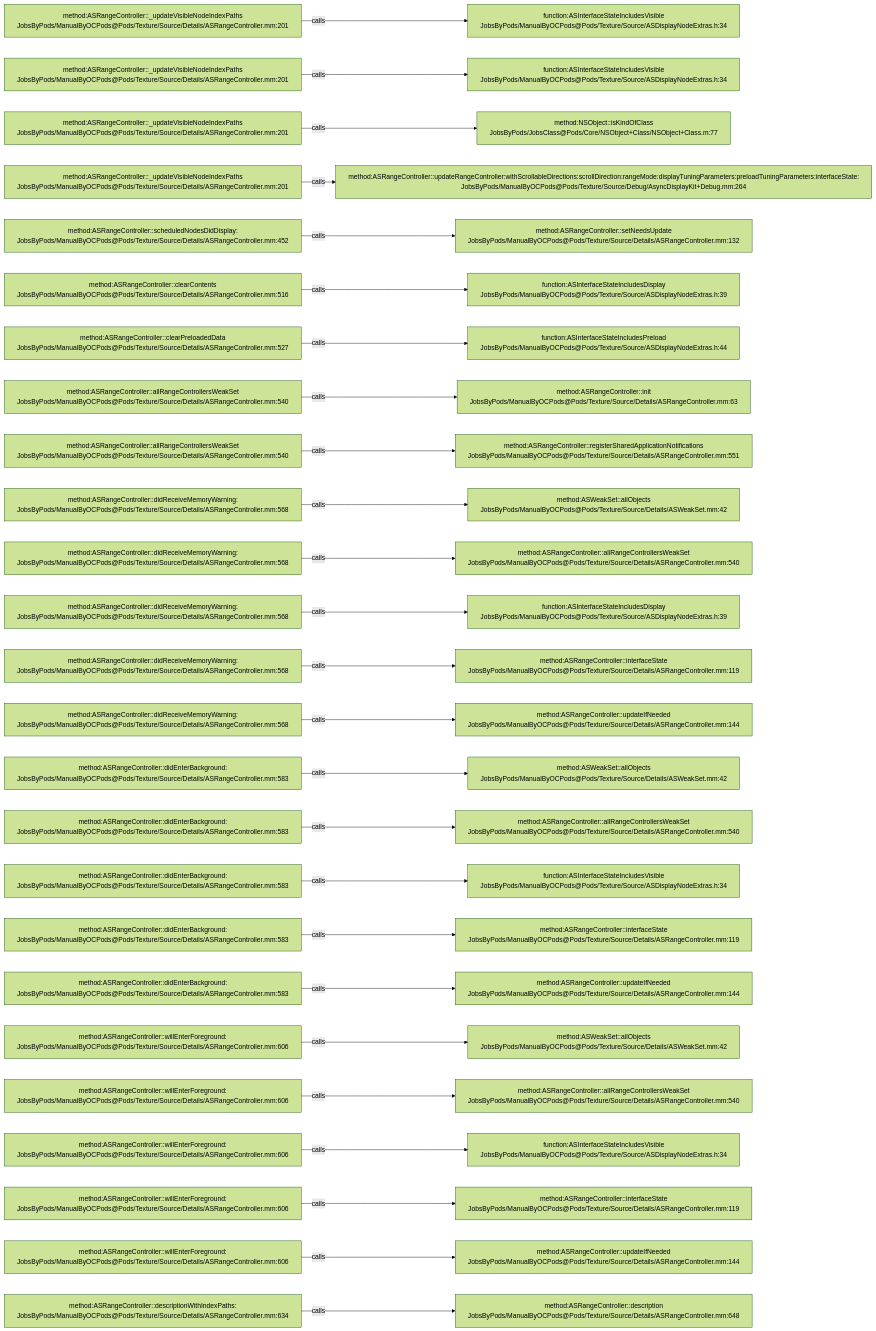
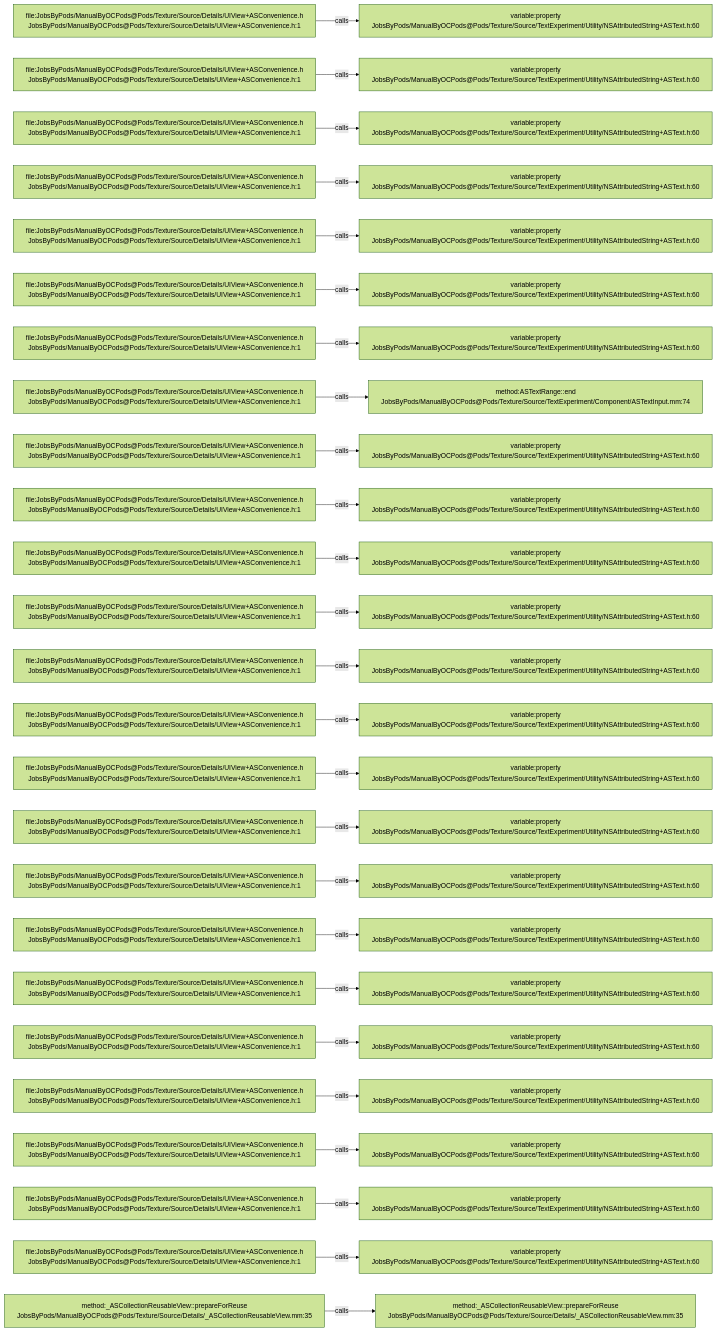
The diagram in .codegraph/codegraph.md/graphs/calls-162.md (JobsKits/JobsOCBaseConfigDemo), drawn with Mermaid (forest theme) before and after one commit. The commit also changed 1448 other files, not shown here.

````diff
--- a/.codegraph/codegraph.md/graphs/calls-162.md
+++ b/.codegraph/codegraph.md/graphs/calls-162.md
@@ -13,78 +13,78 @@
 ```mermaid
 flowchart LR
-  S1["method:ASRangeController::_updateVisibleNodeIndexPaths<br/>JobsByPods/ManualByOCPods@Pods/Texture/Source/Details/ASRangeController.mm:201"]
-  T1["function:ASInterfaceStateIncludesVisible<br/>JobsByPods/ManualByOCPods@Pods/Texture/Source/ASDisplayNodeExtras.h:34"]
+  S1["file:JobsByPods/ManualByOCPods@Pods/Texture/Source/Details/UIView+ASConvenience.h<br/>JobsByPods/ManualByOCPods@Pods/Texture/Source/Details/UIView+ASConvenience.h:1"]
+  T1["variable:property<br/>JobsByPods/ManualByOCPods@Pods/Texture/Source/TextExperiment/Utility/NSAttributedString+ASText.h:60"]
   S1 -->|calls| T1
-  S2["method:ASRangeController::_updateVisibleNodeIndexPaths<br/>JobsByPods/ManualByOCPods@Pods/Texture/Source/Details/ASRangeController.mm:201"]
-  T2["function:ASInterfaceStateIncludesVisible<br/>JobsByPods/ManualByOCPods@Pods/Texture/Source/ASDisplayNodeExtras.h:34"]
+  S2["file:JobsByPods/ManualByOCPods@Pods/Texture/Source/Details/UIView+ASConvenience.h<br/>JobsByPods/ManualByOCPods@Pods/Texture/Source/Details/UIView+ASConvenience.h:1"]
+  T2["variable:property<br/>JobsByPods/ManualByOCPods@Pods/Texture/Source/TextExperiment/Utility/NSAttributedString+ASText.h:60"]
   S2 -->|calls| T2
-  S3["method:ASRangeController::_updateVisibleNodeIndexPaths<br/>JobsByPods/ManualByOCPods@Pods/Texture/Source/Details/ASRangeController.mm:201"]
-  T3["method:NSObject::isKindOfClass<br/>JobsByPods/JobsClass@Pods/Core/NSObject+Class/NSObject+Class.m:77"]
+  S3["file:JobsByPods/ManualByOCPods@Pods/Texture/Source/Details/UIView+ASConvenience.h<br/>JobsByPods/ManualByOCPods@Pods/Texture/Source/Details/UIView+ASConvenience.h:1"]
+  T3["variable:property<br/>JobsByPods/ManualByOCPods@Pods/Texture/Source/TextExperiment/Utility/NSAttributedString+ASText.h:60"]
   S3 -->|calls| T3
-  S4["method:ASRangeController::_updateVisibleNodeIndexPaths<br/>JobsByPods/ManualByOCPods@Pods/Texture/Source/Details/ASRangeController.mm:201"]
-  T4["method:ASRangeController::updateRangeController:withScrollableDirections:scrollDirection:rangeMode:displayTuningParameters:preloadTuningParameters:interfaceState:<br/>JobsByPods/ManualByOCPods@Pods/Texture/Source/Debug/AsyncDisplayKit+Debug.mm:264"]
+  S4["file:JobsByPods/ManualByOCPods@Pods/Texture/Source/Details/UIView+ASConvenience.h<br/>JobsByPods/ManualByOCPods@Pods/Texture/Source/Details/UIView+ASConvenience.h:1"]
+  T4["variable:property<br/>JobsByPods/ManualByOCPods@Pods/Texture/Source/TextExperiment/Utility/NSAttributedString+ASText.h:60"]
   S4 -->|calls| T4
-  S5["method:ASRangeController::scheduledNodesDidDisplay:<br/>JobsByPods/ManualByOCPods@Pods/Texture/Source/Details/ASRangeController.mm:452"]
-  T5["method:ASRangeController::setNeedsUpdate<br/>JobsByPods/ManualByOCPods@Pods/Texture/Source/Details/ASRangeController.mm:132"]
+  S5["file:JobsByPods/ManualByOCPods@Pods/Texture/Source/Details/UIView+ASConvenience.h<br/>JobsByPods/ManualByOCPods@Pods/Texture/Source/Details/UIView+ASConvenience.h:1"]
+  T5["variable:property<br/>JobsByPods/ManualByOCPods@Pods/Texture/Source/TextExperiment/Utility/NSAttributedString+ASText.h:60"]
   S5 -->|calls| T5
-  S6["method:ASRangeController::clearContents<br/>JobsByPods/ManualByOCPods@Pods/Texture/Source/Details/ASRangeController.mm:516"]
-  T6["function:ASInterfaceStateIncludesDisplay<br/>JobsByPods/ManualByOCPods@Pods/Texture/Source/ASDisplayNodeExtras.h:39"]
+  S6["file:JobsByPods/ManualByOCPods@Pods/Texture/Source/Details/UIView+ASConvenience.h<br/>JobsByPods/ManualByOCPods@Pods/Texture/Source/Details/UIView+ASConvenience.h:1"]
+  T6["variable:property<br/>JobsByPods/ManualByOCPods@Pods/Texture/Source/TextExperiment/Utility/NSAttributedString+ASText.h:60"]
   S6 -->|calls| T6
-  S7["method:ASRangeController::clearPreloadedData<br/>JobsByPods/ManualByOCPods@Pods/Texture/Source/Details/ASRangeController.mm:527"]
-  T7["function:ASInterfaceStateIncludesPreload<br/>JobsByPods/ManualByOCPods@Pods/Texture/Source/ASDisplayNodeExtras.h:44"]
+  S7["file:JobsByPods/ManualByOCPods@Pods/Texture/Source/Details/UIView+ASConvenience.h<br/>JobsByPods/ManualByOCPods@Pods/Texture/Source/Details/UIView+ASConvenience.h:1"]
+  T7["variable:property<br/>JobsByPods/ManualByOCPods@Pods/Texture/Source/TextExperiment/Utility/NSAttributedString+ASText.h:60"]
   S7 -->|calls| T7
-  S8["method:ASRangeController::allRangeControllersWeakSet<br/>JobsByPods/ManualByOCPods@Pods/Texture/Source/Details/ASRangeController.mm:540"]
-  T8["method:ASRangeController::init<br/>JobsByPods/ManualByOCPods@Pods/Texture/Source/Details/ASRangeController.mm:63"]
+  S8["file:JobsByPods/ManualByOCPods@Pods/Texture/Source/Details/UIView+ASConvenience.h<br/>JobsByPods/ManualByOCPods@Pods/Texture/Source/Details/UIView+ASConvenience.h:1"]
+  T8["method:ASTextRange::end<br/>JobsByPods/ManualByOCPods@Pods/Texture/Source/TextExperiment/Component/ASTextInput.mm:74"]
   S8 -->|calls| T8
-  S9["method:ASRangeController::allRangeControllersWeakSet<br/>JobsByPods/ManualByOCPods@Pods/Texture/Source/Details/ASRangeController.mm:540"]
-  T9["method:ASRangeController::registerSharedApplicationNotifications<br/>JobsByPods/ManualByOCPods@Pods/Texture/Source/Details/ASRangeController.mm:551"]
+  S9["file:JobsByPods/ManualByOCPods@Pods/Texture/Source/Details/UIView+ASConvenience.h<br/>JobsByPods/ManualByOCPods@Pods/Texture/Source/Details/UIView+ASConvenience.h:1"]
+  T9["variable:property<br/>JobsByPods/ManualByOCPods@Pods/Texture/Source/TextExperiment/Utility/NSAttributedString+ASText.h:60"]
   S9 -->|calls| T9
-  S10["method:ASRangeController::didReceiveMemoryWarning:<br/>JobsByPods/ManualByOCPods@Pods/Texture/Source/Details/ASRangeController.mm:568"]
-  T10["method:ASWeakSet::allObjects<br/>JobsByPods/ManualByOCPods@Pods/Texture/Source/Details/ASWeakSet.mm:42"]
+  S10["file:JobsByPods/ManualByOCPods@Pods/Texture/Source/Details/UIView+ASConvenience.h<br/>JobsByPods/ManualByOCPods@Pods/Texture/Source/Details/UIView+ASConvenience.h:1"]
+  T10["variable:property<br/>JobsByPods/ManualByOCPods@Pods/Texture/Source/TextExperiment/Utility/NSAttributedString+ASText.h:60"]
   S10 -->|calls| T10
-  S11["method:ASRangeController::didReceiveMemoryWarning:<br/>JobsByPods/ManualByOCPods@Pods/Texture/Source/Details/ASRangeController.mm:568"]
-  T11["method:ASRangeController::allRangeControllersWeakSet<br/>JobsByPods/ManualByOCPods@Pods/Texture/Source/Details/ASRangeController.mm:540"]
+  S11["file:JobsByPods/ManualByOCPods@Pods/Texture/Source/Details/UIView+ASConvenience.h<br/>JobsByPods/ManualByOCPods@Pods/Texture/Source/Details/UIView+ASConvenience.h:1"]
+  T11["variable:property<br/>JobsByPods/ManualByOCPods@Pods/Texture/Source/TextExperiment/Utility/NSAttributedString+ASText.h:60"]
   S11 -->|calls| T11
-  S12["method:ASRangeController::didReceiveMemoryWarning:<br/>JobsByPods/ManualByOCPods@Pods/Texture/Source/Details/ASRangeController.mm:568"]
-  T12["function:ASInterfaceStateIncludesDisplay<br/>JobsByPods/ManualByOCPods@Pods/Texture/Source/ASDisplayNodeExtras.h:39"]
+  S12["file:JobsByPods/ManualByOCPods@Pods/Texture/Source/Details/UIView+ASConvenience.h<br/>JobsByPods/ManualByOCPods@Pods/Texture/Source/Details/UIView+ASConvenience.h:1"]
+  T12["variable:property<br/>JobsByPods/ManualByOCPods@Pods/Texture/Source/TextExperiment/Utility/NSAttributedString+ASText.h:60"]
   S12 -->|calls| T12
-  S13["method:ASRangeController::didReceiveMemoryWarning:<br/>JobsByPods/ManualByOCPods@Pods/Texture/Source/Details/ASRangeController.mm:568"]
-  T13["method:ASRangeController::interfaceState<br/>JobsByPods/ManualByOCPods@Pods/Texture/Source/Details/ASRangeController.mm:119"]
+  S13["file:JobsByPods/ManualByOCPods@Pods/Texture/Source/Details/UIView+ASConvenience.h<br/>JobsByPods/ManualByOCPods@Pods/Texture/Source/Details/UIView+ASConvenience.h:1"]
+  T13["variable:property<br/>JobsByPods/ManualByOCPods@Pods/Texture/Source/TextExperiment/Utility/NSAttributedString+ASText.h:60"]
   S13 -->|calls| T13
-  S14["method:ASRangeController::didReceiveMemoryWarning:<br/>JobsByPods/ManualByOCPods@Pods/Texture/Source/Details/ASRangeController.mm:568"]
-  T14["method:ASRangeController::updateIfNeeded<br/>JobsByPods/ManualByOCPods@Pods/Texture/Source/Details/ASRangeController.mm:144"]
+  S14["file:JobsByPods/ManualByOCPods@Pods/Texture/Source/Details/UIView+ASConvenience.h<br/>JobsByPods/ManualByOCPods@Pods/Texture/Source/Details/UIView+ASConvenience.h:1"]
+  T14["variable:property<br/>JobsByPods/ManualByOCPods@Pods/Texture/Source/TextExperiment/Utility/NSAttributedString+ASText.h:60"]
   S14 -->|calls| T14
-  S15["method:ASRangeController::didEnterBackground:<br/>JobsByPods/ManualByOCPods@Pods/Texture/Source/Details/ASRangeController.mm:583"]
-  T15["method:ASWeakSet::allObjects<br/>JobsByPods/ManualByOCPods@Pods/Texture/Source/Details/ASWeakSet.mm:42"]
+  S15["file:JobsByPods/ManualByOCPods@Pods/Texture/Source/Details/UIView+ASConvenience.h<br/>JobsByPods/ManualByOCPods@Pods/Texture/Source/Details/UIView+ASConvenience.h:1"]
+  T15["variable:property<br/>JobsByPods/ManualByOCPods@Pods/Texture/Source/TextExperiment/Utility/NSAttributedString+ASText.h:60"]
   S15 -->|calls| T15
-  S16["method:ASRangeController::didEnterBackground:<br/>JobsByPods/ManualByOCPods@Pods/Texture/Source/Details/ASRangeController.mm:583"]
-  T16["method:ASRangeController::allRangeControllersWeakSet<br/>JobsByPods/ManualByOCPods@Pods/Texture/Source/Details/ASRangeController.mm:540"]
+  S16["file:JobsByPods/ManualByOCPods@Pods/Texture/Source/Details/UIView+ASConvenience.h<br/>JobsByPods/ManualByOCPods@Pods/Texture/Source/Details/UIView+ASConvenience.h:1"]
+  T16["variable:property<br/>JobsByPods/ManualByOCPods@Pods/Texture/Source/TextExperiment/Utility/NSAttributedString+ASText.h:60"]
   S16 -->|calls| T16
-  S17["method:ASRangeController::didEnterBackground:<br/>JobsByPods/ManualByOCPods@Pods/Texture/Source/Details/ASRangeController.mm:583"]
-  T17["function:ASInterfaceStateIncludesVisible<br/>JobsByPods/ManualByOCPods@Pods/Texture/Source/ASDisplayNodeExtras.h:34"]
+  S17["file:JobsByPods/ManualByOCPods@Pods/Texture/Source/Details/UIView+ASConvenience.h<br/>JobsByPods/ManualByOCPods@Pods/Texture/Source/Details/UIView+ASConvenience.h:1"]
+  T17["variable:property<br/>JobsByPods/ManualByOCPods@Pods/Texture/Source/TextExperiment/Utility/NSAttributedString+ASText.h:60"]
   S17 -->|calls| T17
-  S18["method:ASRangeController::didEnterBackground:<br/>JobsByPods/ManualByOCPods@Pods/Texture/Source/Details/ASRangeController.mm:583"]
-  T18["method:ASRangeController::interfaceState<br/>JobsByPods/ManualByOCPods@Pods/Texture/Source/Details/ASRangeController.mm:119"]
+  S18["file:JobsByPods/ManualByOCPods@Pods/Texture/Source/Details/UIView+ASConvenience.h<br/>JobsByPods/ManualByOCPods@Pods/Texture/Source/Details/UIView+ASConvenience.h:1"]
+  T18["variable:property<br/>JobsByPods/ManualByOCPods@Pods/Texture/Source/TextExperiment/Utility/NSAttributedString+ASText.h:60"]
   S18 -->|calls| T18
-  S19["method:ASRangeController::didEnterBackground:<br/>JobsByPods/ManualByOCPods@Pods/Texture/Source/Details/ASRangeController.mm:583"]
-  T19["method:ASRangeController::updateIfNeeded<br/>JobsByPods/ManualByOCPods@Pods/Texture/Source/Details/ASRangeController.mm:144"]
+  S19["file:JobsByPods/ManualByOCPods@Pods/Texture/Source/Details/UIView+ASConvenience.h<br/>JobsByPods/ManualByOCPods@Pods/Texture/Source/Details/UIView+ASConvenience.h:1"]
+  T19["variable:property<br/>JobsByPods/ManualByOCPods@Pods/Texture/Source/TextExperiment/Utility/NSAttributedString+ASText.h:60"]
   S19 -->|calls| T19
-  S20["method:ASRangeController::willEnterForeground:<br/>JobsByPods/ManualByOCPods@Pods/Texture/Source/Details/ASRangeController.mm:606"]
-  T20["method:ASWeakSet::allObjects<br/>JobsByPods/ManualByOCPods@Pods/Texture/Source/Details/ASWeakSet.mm:42"]
+  S20["file:JobsByPods/ManualByOCPods@Pods/Texture/Source/Details/UIView+ASConvenience.h<br/>JobsByPods/ManualByOCPods@Pods/Texture/Source/Details/UIView+ASConvenience.h:1"]
+  T20["variable:property<br/>JobsByPods/ManualByOCPods@Pods/Texture/Source/TextExperiment/Utility/NSAttributedString+ASText.h:60"]
   S20 -->|calls| T20
-  S21["method:ASRangeController::willEnterForeground:<br/>JobsByPods/ManualByOCPods@Pods/Texture/Source/Details/ASRangeController.mm:606"]
-  T21["method:ASRangeController::allRangeControllersWeakSet<br/>JobsByPods/ManualByOCPods@Pods/Texture/Source/Details/ASRangeController.mm:540"]
+  S21["file:JobsByPods/ManualByOCPods@Pods/Texture/Source/Details/UIView+ASConvenience.h<br/>JobsByPods/ManualByOCPods@Pods/Texture/Source/Details/UIView+ASConvenience.h:1"]
+  T21["variable:property<br/>JobsByPods/ManualByOCPods@Pods/Texture/Source/TextExperiment/Utility/NSAttributedString+ASText.h:60"]
   S21 -->|calls| T21
-  S22["method:ASRangeController::willEnterForeground:<br/>JobsByPods/ManualByOCPods@Pods/Texture/Source/Details/ASRangeController.mm:606"]
-  T22["function:ASInterfaceStateIncludesVisible<br/>JobsByPods/ManualByOCPods@Pods/Texture/Source/ASDisplayNodeExtras.h:34"]
+  S22["file:JobsByPods/ManualByOCPods@Pods/Texture/Source/Details/UIView+ASConvenience.h<br/>JobsByPods/ManualByOCPods@Pods/Texture/Source/Details/UIView+ASConvenience.h:1"]
+  T22["variable:property<br/>JobsByPods/ManualByOCPods@Pods/Texture/Source/TextExperiment/Utility/NSAttributedString+ASText.h:60"]
   S22 -->|calls| T22
-  S23["method:ASRangeController::willEnterForeground:<br/>JobsByPods/ManualByOCPods@Pods/Texture/Source/Details/ASRangeController.mm:606"]
-  T23["method:ASRangeController::interfaceState<br/>JobsByPods/ManualByOCPods@Pods/Texture/Source/Details/ASRangeController.mm:119"]
+  S23["file:JobsByPods/ManualByOCPods@Pods/Texture/Source/Details/UIView+ASConvenience.h<br/>JobsByPods/ManualByOCPods@Pods/Texture/Source/Details/UIView+ASConvenience.h:1"]
+  T23["variable:property<br/>JobsByPods/ManualByOCPods@Pods/Texture/Source/TextExperiment/Utility/NSAttributedString+ASText.h:60"]
   S23 -->|calls| T23
-  S24["method:ASRangeController::willEnterForeground:<br/>JobsByPods/ManualByOCPods@Pods/Texture/Source/Details/ASRangeController.mm:606"]
-  T24["method:ASRangeController::updateIfNeeded<br/>JobsByPods/ManualByOCPods@Pods/Texture/Source/Details/ASRangeController.mm:144"]
+  S24["file:JobsByPods/ManualByOCPods@Pods/Texture/Source/Details/UIView+ASConvenience.h<br/>JobsByPods/ManualByOCPods@Pods/Texture/Source/Details/UIView+ASConvenience.h:1"]
+  T24["variable:property<br/>JobsByPods/ManualByOCPods@Pods/Texture/Source/TextExperiment/Utility/NSAttributedString+ASText.h:60"]
   S24 -->|calls| T24
-  S25["method:ASRangeController::descriptionWithIndexPaths:<br/>JobsByPods/ManualByOCPods@Pods/Texture/Source/Details/ASRangeController.mm:634"]
-  T25["method:ASRangeController::description<br/>JobsByPods/ManualByOCPods@Pods/Texture/Source/Details/ASRangeController.mm:648"]
+  S25["method:_ASCollectionReusableView::prepareForReuse<br/>JobsByPods/ManualByOCPods@Pods/Texture/Source/Details/_ASCollectionReusableView.mm:35"]
+  T25["method:_ASCollectionReusableView::prepareForReuse<br/>JobsByPods/ManualByOCPods@Pods/Texture/Source/Details/_ASCollectionReusableView.mm:35"]
   S25 -->|calls| T25
 ```
````
